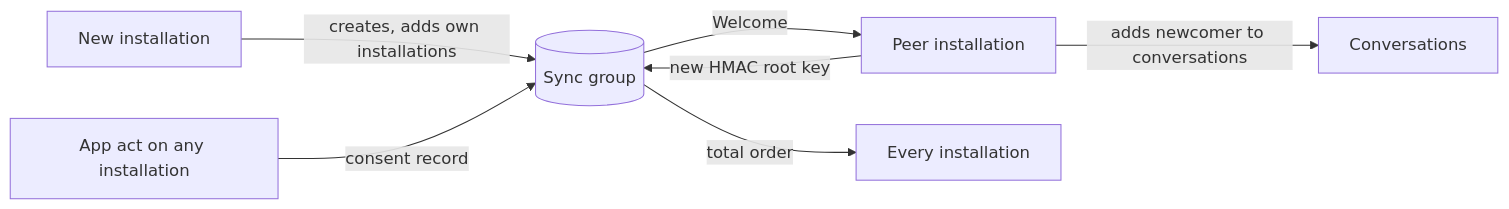
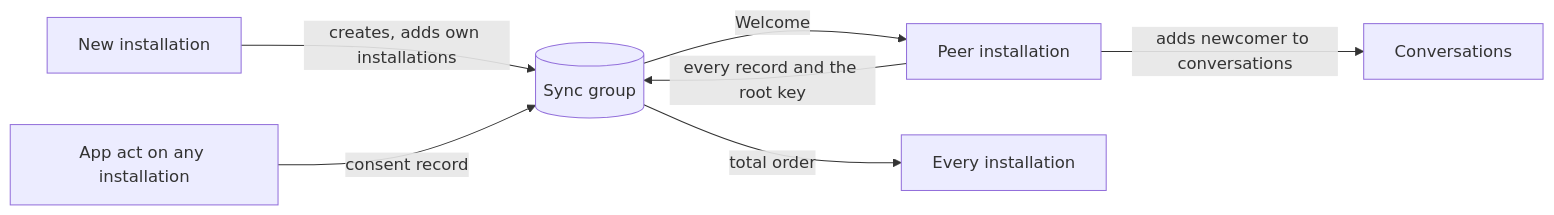
Before and after one commit to xmtp/libxmtp: the diagram in docs/specs/SYNC-device-sync.md, drawn with Mermaid. The commit also changed other lines of this file and 11 other files, not shown here.

````diff
--- a/docs/specs/SYNC-device-sync.md
+++ b/docs/specs/SYNC-device-sync.md
@@ -11,9 +11,9 @@
 ```mermaid
 flowchart LR
   N[New installation] -->|creates, adds own installations| G[(Sync group)]
   G -->|Welcome| P[Peer installation]
   P -->|adds newcomer to conversations| C[Conversations]
-  P -->|new HMAC root key| G
+  P -->|every record and the root key| G
   A[App act on any installation] -->|consent record| G
   G -->|total order| E[Every installation]
 ```
````
